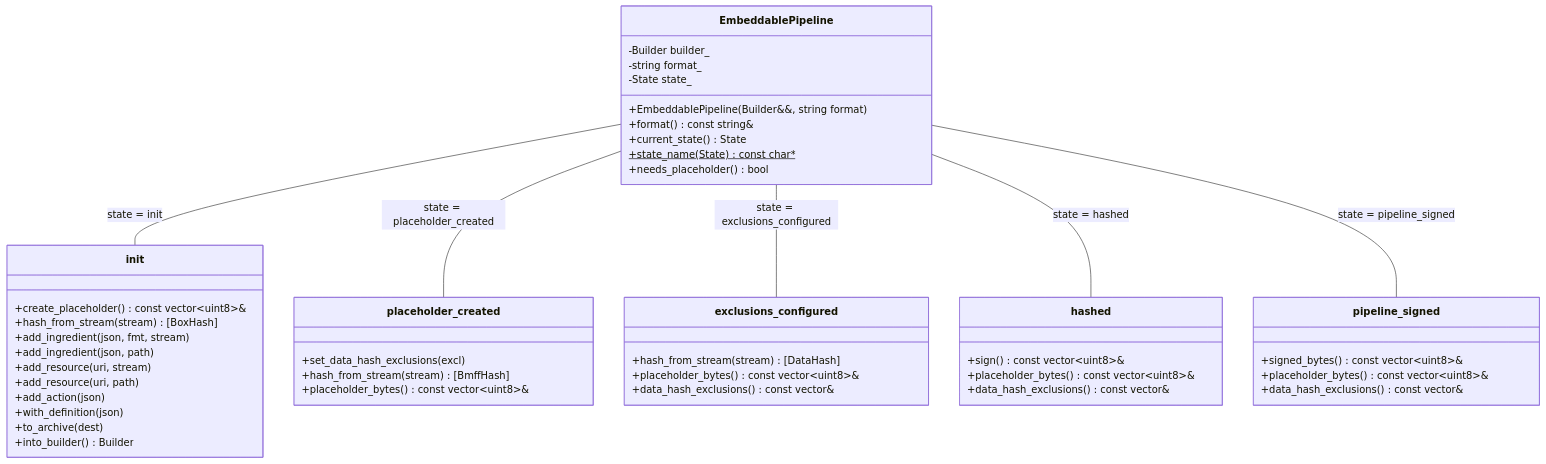
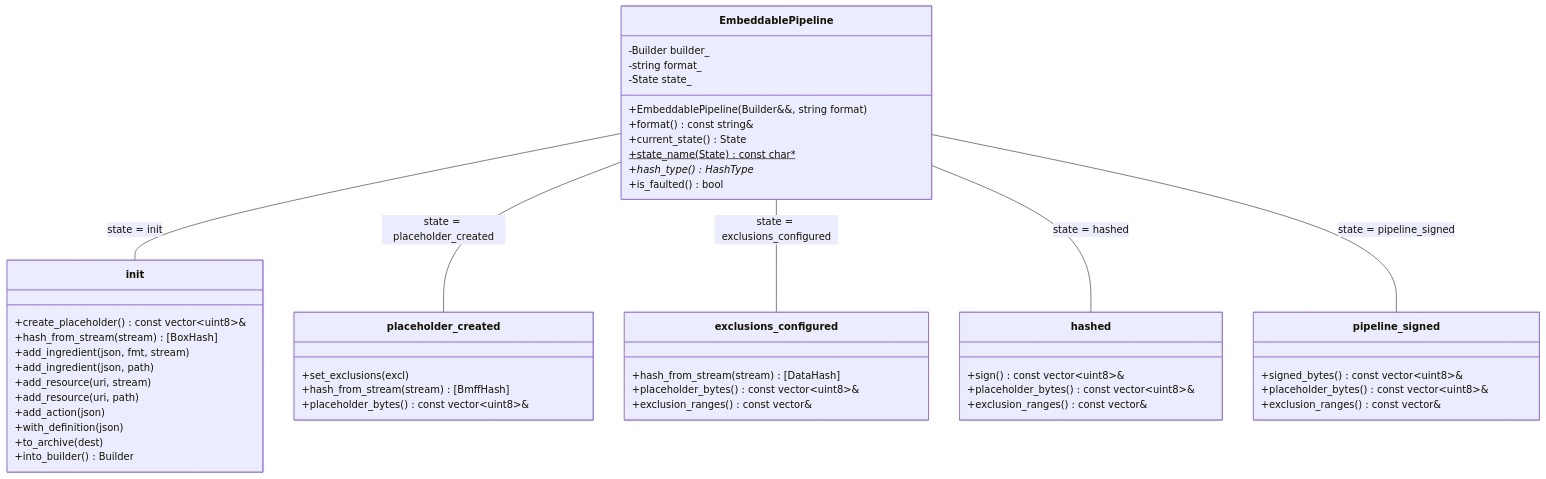
One commit to contentauth/c2pa-c changed the eighth of 8 diagrams in docs/embeddable-api.md. Above: the diagram before and after it, drawn with Mermaid. The commit also changed other lines of this file and 5 other files, not shown here.

````diff
--- a/docs/embeddable-api.md
+++ b/docs/embeddable-api.md
@@ -574,56 +574,57 @@
 ```mermaid
 classDiagram
     class EmbeddablePipeline {
         -Builder builder_
         -string format_
         -State state_
         +EmbeddablePipeline(Builder&&, string format)
         +format() const string&
         +current_state() State
         +state_name(State) const char*$
-        +needs_placeholder() bool
+        +hash_type() HashType*
+        +is_faulted() bool
     }
 
     class init {
         +create_placeholder() const vector~uint8~&
         +hash_from_stream(stream) [BoxHash]
         +add_ingredient(json, fmt, stream)
         +add_ingredient(json, path)
         +add_resource(uri, stream)
         +add_resource(uri, path)
         +add_action(json)
         +with_definition(json)
         +to_archive(dest)
         +into_builder() Builder
     }
 
     class placeholder_created {
-        +set_data_hash_exclusions(excl)
+        +set_exclusions(excl)
         +hash_from_stream(stream) [BmffHash]
         +placeholder_bytes() const vector~uint8~&
     }
 
     class exclusions_configured {
         +hash_from_stream(stream) [DataHash]
         +placeholder_bytes() const vector~uint8~&
-        +data_hash_exclusions() const vector&
+        +exclusion_ranges() const vector&
     }
 
     class hashed {
         +sign() const vector~uint8~&
         +placeholder_bytes() const vector~uint8~&
-        +data_hash_exclusions() const vector&
+        +exclusion_ranges() const vector&
     }
 
     class pipeline_signed {
         +signed_bytes() const vector~uint8~&
         +placeholder_bytes() const vector~uint8~&
-        +data_hash_exclusions() const vector&
+        +exclusion_ranges() const vector&
     }
 
     EmbeddablePipeline -- init : state = init
     EmbeddablePipeline -- placeholder_created : state = placeholder_created
     EmbeddablePipeline -- exclusions_configured : state = exclusions_configured
     EmbeddablePipeline -- hashed : state = hashed
     EmbeddablePipeline -- pipeline_signed : state = pipeline_signed
 ```
````
